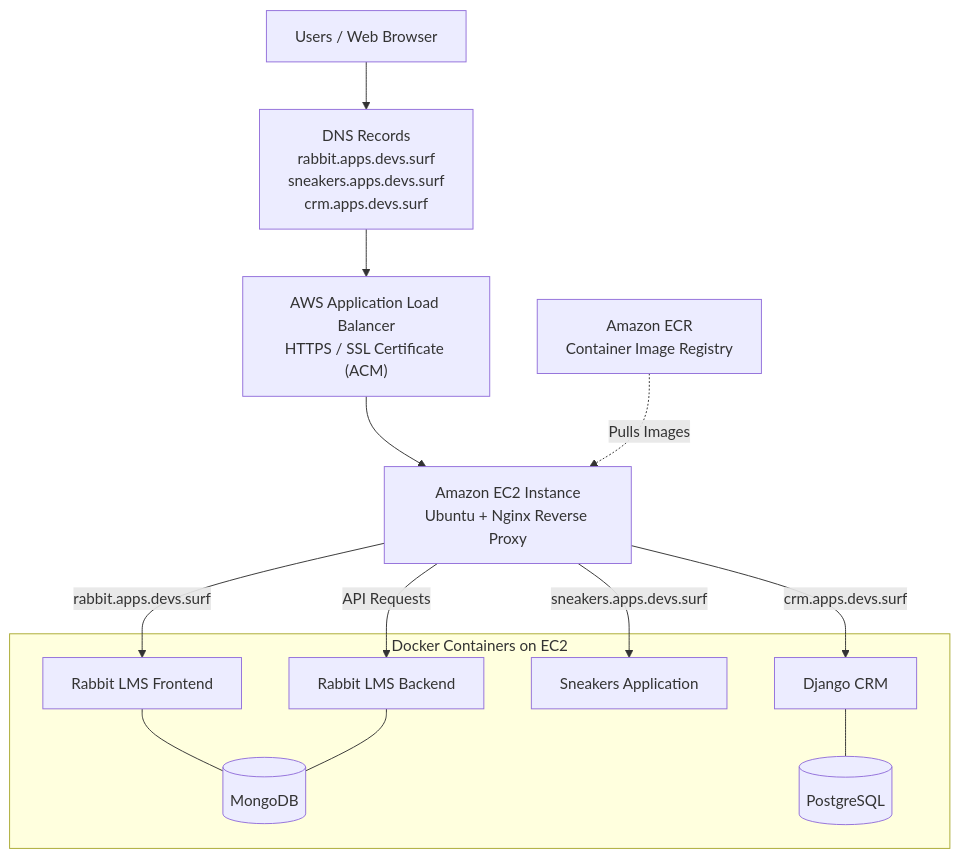
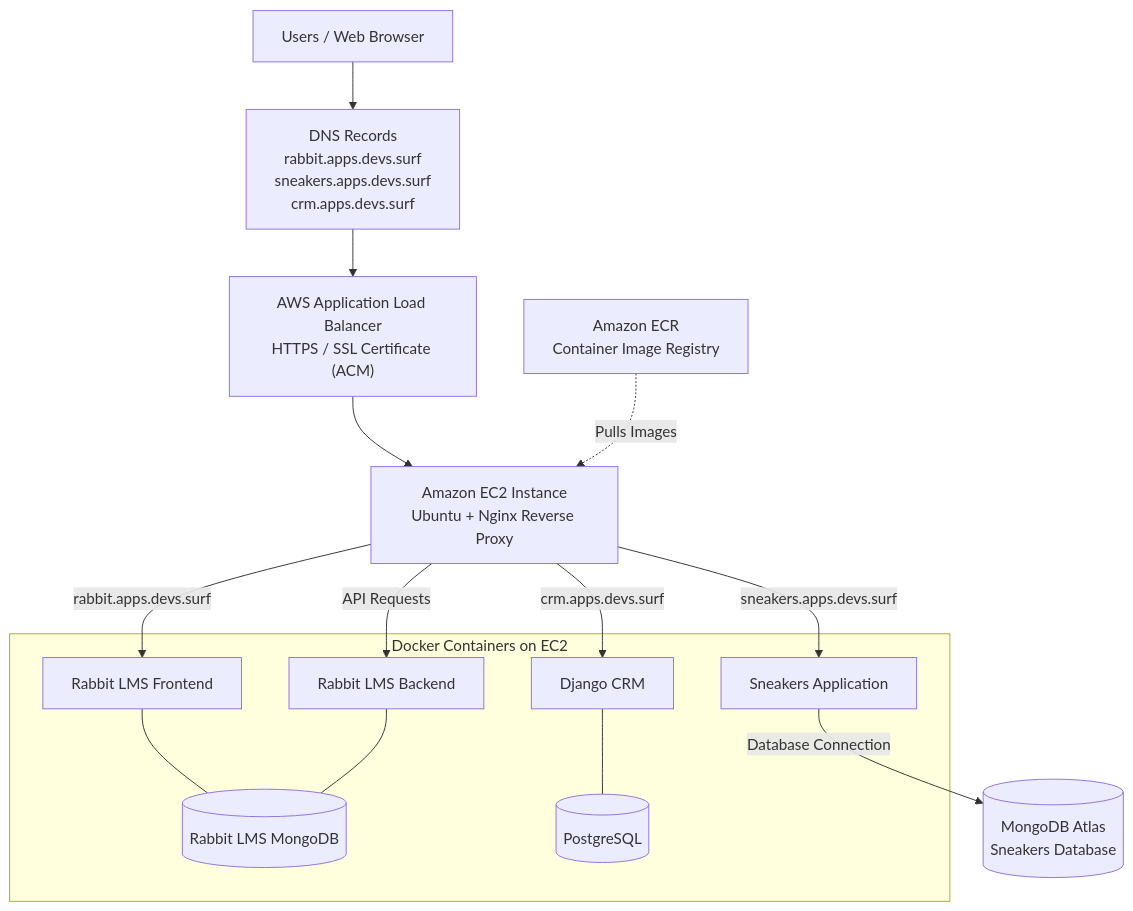
The diagram in README.md (Ada045/Aws-multi-app-hosting-infrastructure), drawn with Mermaid before and after one commit.

Commit message:
Enhance README with detailed database descriptions
Updated the README to provide more detailed descriptions for the MongoDB and added a connection to MongoDB Atlas for the Sneakers Database.

````diff
--- a/README.md
+++ b/README.md
@@ -18,31 +18,36 @@
 ```mermaid
 flowchart TD
     U["Users / Web Browser"]
+
     DNS["DNS Records<br/>rabbit.apps.devs.surf<br/>sneakers.apps.devs.surf<br/>crm.apps.devs.surf"]
+
     ALB["AWS Application Load Balancer<br/>HTTPS / SSL Certificate (ACM)"]
+
     EC2["Amazon EC2 Instance<br/>Ubuntu + Nginx Reverse Proxy"]
 
     U --> DNS
     DNS --> ALB
     ALB --> EC2
 
     EC2 -->|"rabbit.apps.devs.surf"| RF["Rabbit LMS Frontend"]
     EC2 -->|"API Requests"| RB["Rabbit LMS Backend"]
     EC2 -->|"sneakers.apps.devs.surf"| SN["Sneakers Application"]
     EC2 -->|"crm.apps.devs.surf"| CRM["Django CRM"]
 
-    RF --- RM[("MongoDB")]
+    RF --- RM[("Rabbit LMS MongoDB")]
     RB --- RM
     CRM --- PG[("PostgreSQL")]
+
+    SN -->|"Database Connection"| ATLAS[("MongoDB Atlas<br/>Sneakers Database")]
 
     subgraph HOST["Docker Containers on EC2"]
         RF
         RB
         RM
         SN
         CRM
         PG
     end
 
     ECR["Amazon ECR<br/>Container Image Registry"] -.->|"Pulls Images"| EC2
 ```
````
